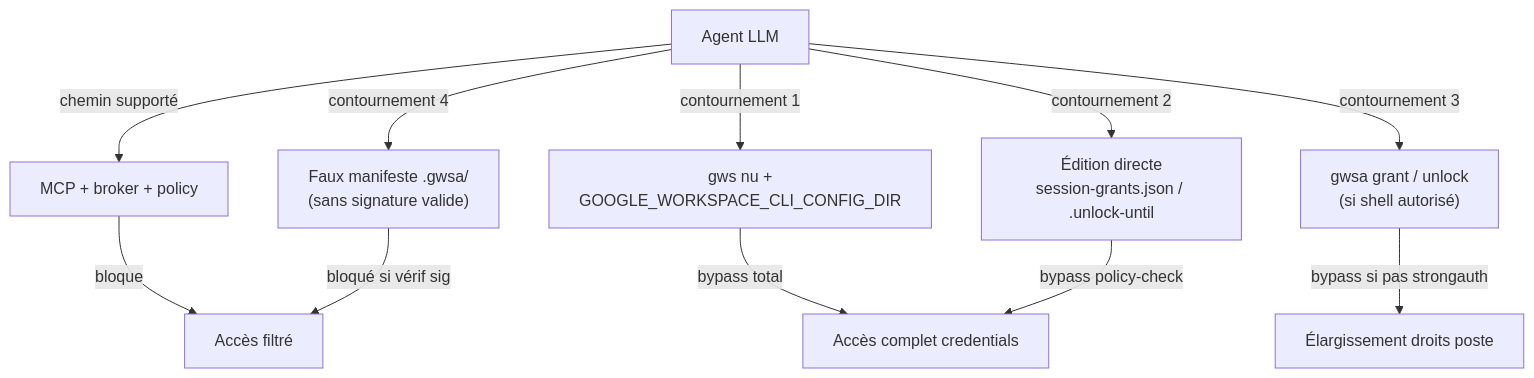
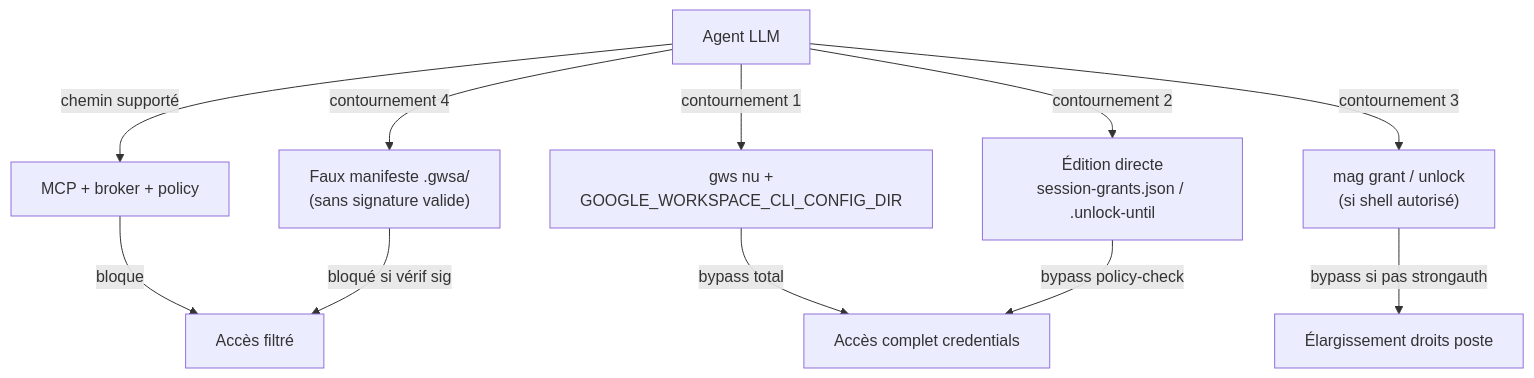
The fifth of 7 diagrams in features/0045-capacites-projet-signees.md (elzinko/google-mcp-multi-account), drawn with Mermaid before and after one commit. The commit also changed other lines of this file and 124 other files, not shown here.

````diff
--- a/features/0045-capacites-projet-signees.md
+++ b/features/0045-capacites-projet-signees.md
@@ -480,16 +480,16 @@
 ```mermaid
 flowchart TB
   LLM[Agent LLM]
 
   LLM -->|chemin supporté| MCP[MCP + broker + policy]
   LLM -->|contournement 1| GWSNU["gws nu +\nGOOGLE_WORKSPACE_CLI_CONFIG_DIR"]
   LLM -->|contournement 2| EDIT["Édition directe\nsession-grants.json / .unlock-until"]
-  LLM -->|contournement 3| GWSA["gwsa grant / unlock\n(si shell autorisé)"]
+  LLM -->|contournement 3| GWSA["mag grant / unlock\n(si shell autorisé)"]
   LLM -->|contournement 4| FORGE["Faux manifeste .gwsa/\n(sans signature valide)"]
 
   MCP -->|bloque| OK[Accès filtré]
   GWSNU -->|bypass total| FULL[Accès complet credentials]
   EDIT -->|bypass policy-check| FULL
   GWSA -->|bypass si pas strongauth| PART[Élargissement droits poste]
   FORGE -->|bloqué si vérif sig| OK
 ```
````
